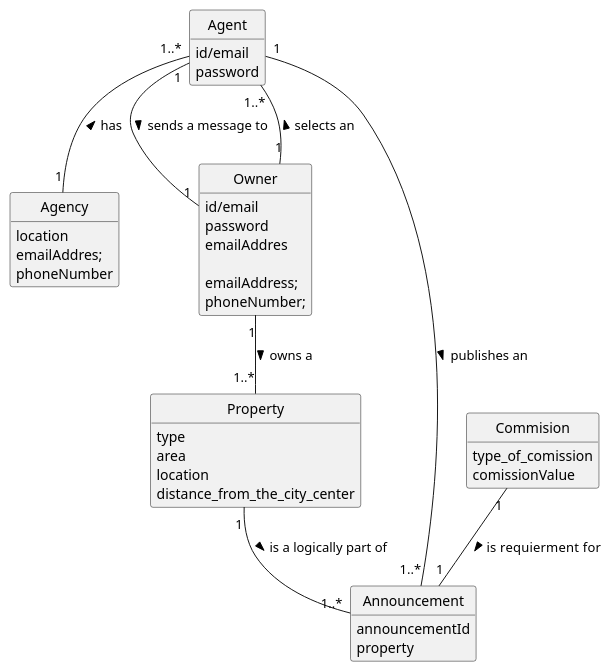
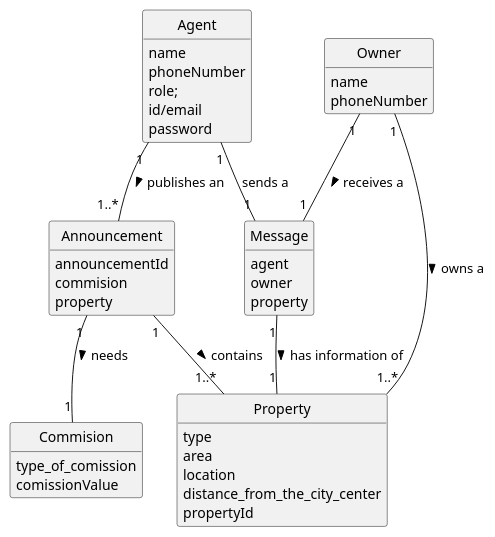
Before and after one commit to Rodrick0209/ISEP-LAPR2-22-23: the diagram in docs/Sprint-D/US002/02.analysis/puml/us002-domain-model.puml, drawn with PlantUML. The commit also changed 2 other files, not shown here.

```diff
--- a/docs/Sprint-D/US002/02.analysis/puml/us002-domain-model.puml
+++ b/docs/Sprint-D/US002/02.analysis/puml/us002-domain-model.puml
@@ -1,57 +1,64 @@
 @startuml
 skinparam monochrome true
 skinparam packageStyle rectangle
 skinparam shadowing false
 
 'left to right direction
 
 skinparam classAttributeIconSize 0
 
 hide circle
 hide methods
 
-class Agency{
-    location
-    emailAddres;
-    phoneNumber
-}
 class Agent {
+name
+phoneNumber
+role;
 id/email
 password
+}
+class Owner{
+name
+phoneNumber
+
+
+}
+class Message{
+agent
+owner
+property
+
 }
 
 
 
-class Owner {
-id/email
-password
-emailAddres
 
-emailAddress;
-phoneNumber;
-}
+
 
 class Property {
    type
    area
    location
     distance_from_the_city_center
+    propertyId
+
 }
 
 class Announcement {
 announcementId
-     property
+commision
+property
   }
  class Commision {
      type_of_comission
      comissionValue
      }
 
-Owner "1" -- "1..*" Agent : selects an >
 Owner "1" -- "1..*" Property : owns a >
 Agent "1" -- "1..*" Announcement : publishes an >
-Agent "1..*" -- "1" Agency : has <
-Property "1"-- "1..*"Announcement: is a logically part of  >
-Commision "1"--"1" Announcement : is requierment  for >
-Agent "1"--"1" Owner : sends a message to >
+Announcement "1"-- "1..*" Property: contains >
+Announcement"1"--"1" Commision : needs >
+Owner "1"--"1" Message : receives a >
+Agent "1"--"1" Message : sends a
+Message "1"--"1" Property : has information of >
 @enduml
```
